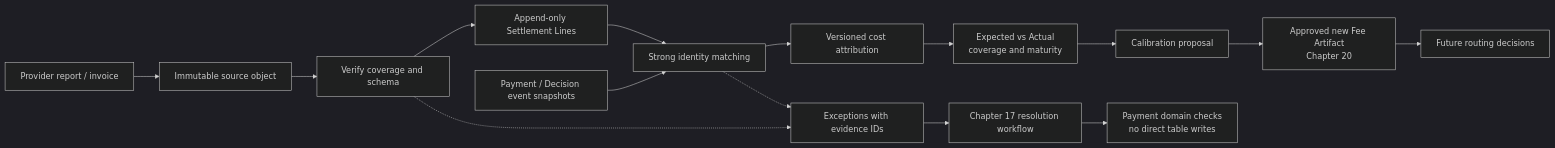
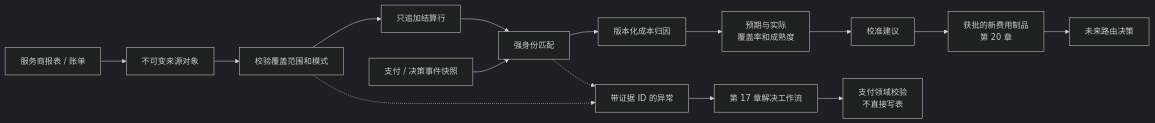
One commit to YouEclipse/Designing-Modern-Payment-Systems changed the third of 3 diagrams in part-4-operating-at-scale/settlement.md. Above: the diagram before and after it, drawn with Mermaid (dark theme). The commit also changed other lines of this file and 59 other files, not shown here.

````diff
--- a/part-4-operating-at-scale/settlement.md
+++ b/part-4-operating-at-scale/settlement.md
@@ -156,17 +156,17 @@
 ```mermaid
 flowchart LR
-    Source["Provider report / invoice"] --> Raw["Immutable source object"]
-    Raw --> Verify["Verify coverage and schema"]
-    Verify --> Lines["Append-only Settlement Lines"]
-    Events["Payment / Decision event snapshots"] --> Match["Strong identity matching"]
+    Source["服务商报表 / 账单"] --> Raw["不可变来源对象"]
+    Raw --> Verify["校验覆盖范围和模式"]
+    Verify --> Lines["只追加结算行"]
+    Events["支付 / 决策事件快照"] --> Match["强身份匹配"]
     Lines --> Match
-    Match --> Attribution["Versioned cost attribution"]
-    Attribution --> Report["Expected vs Actual<br/>coverage and maturity"]
-    Report --> Proposal["Calibration proposal"]
-    Proposal --> Config["Approved new Fee Artifact<br/>Chapter 20"]
-    Config --> Future["Future routing decisions"]
-    Verify -.-> Cases["Exceptions with evidence IDs"]
+    Match --> Attribution["版本化成本归因"]
+    Attribution --> Report["预期与实际<br/>覆盖率和成熟度"]
+    Report --> Proposal["校准建议"]
+    Proposal --> Config["获批的新费用制品<br/>第 20 章"]
+    Config --> Future["未来路由决策"]
+    Verify -.-> Cases["带证据 ID 的异常"]
     Match -.-> Cases
-    Cases --> Reconcile["Chapter 17 resolution workflow"]
-    Reconcile --> Payment["Payment domain checks<br/>no direct table writes"]
+    Cases --> Reconcile["第 17 章解决工作流"]
+    Reconcile --> Payment["支付领域校验<br/>不直接写表"]
 ```
````
